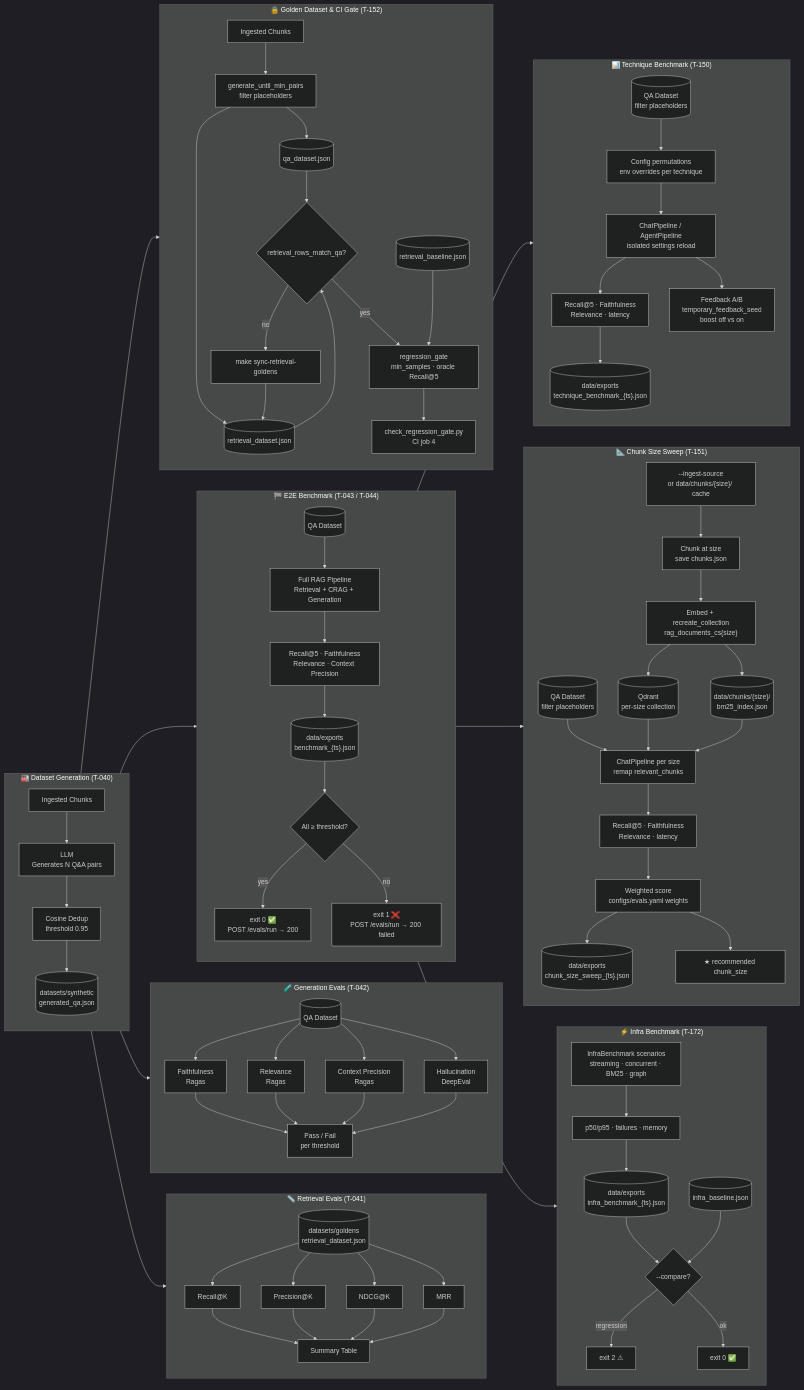
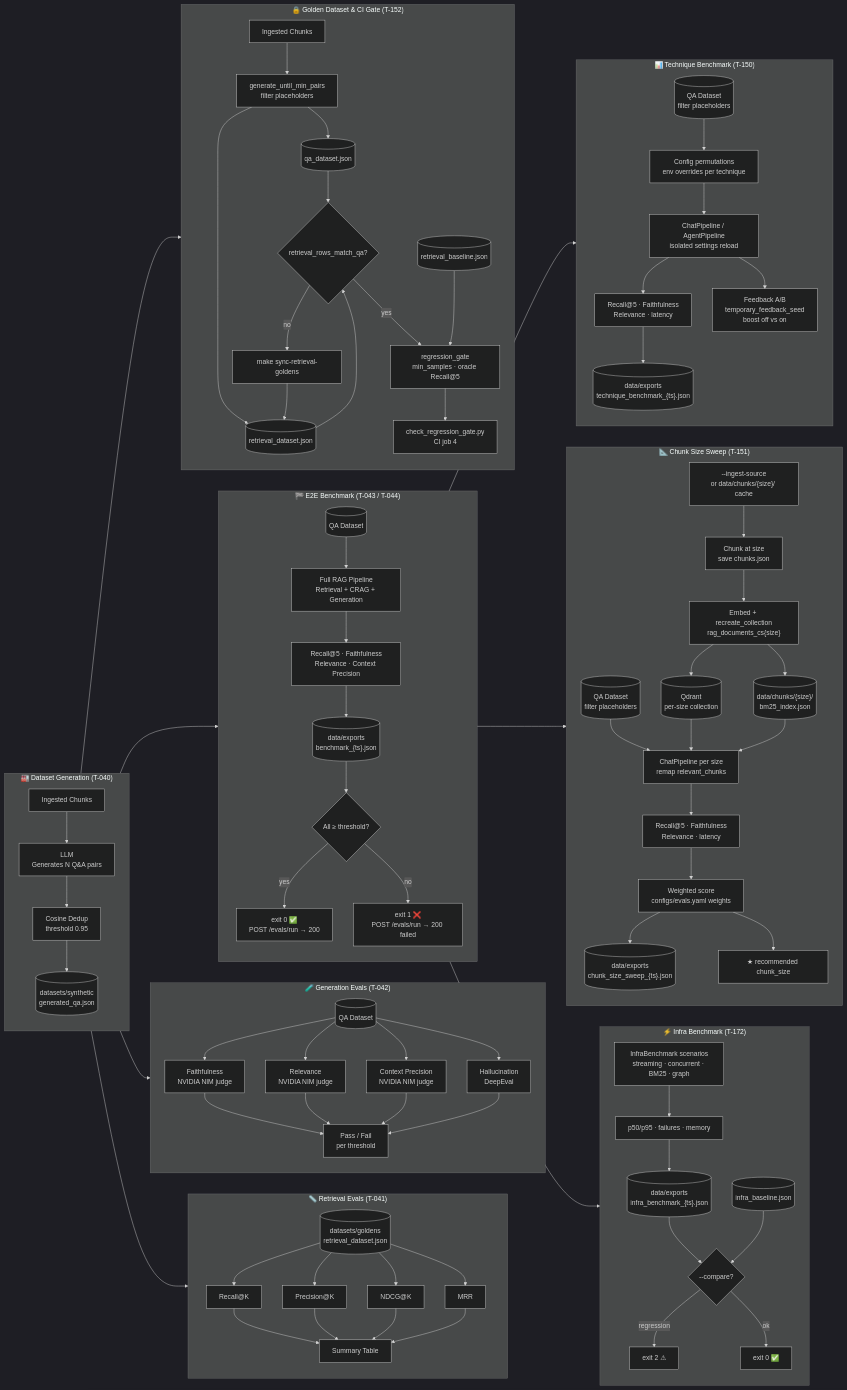
Diagram 24 of 26 in README.md (ealbertoav/rag_platform), drawn with Mermaid (dark theme) before and after one commit. The commit also changed other lines of this file and 12 other files, not shown here.

```diff
--- a/README.md
+++ b/README.md
@@ -3802,9 +3802,9 @@
     end
 
     subgraph GEN2["🧪 Generation Evals (T-042)"]
-        QA3[("QA Dataset")] --> F["Faithfulness<br/>Ragas"]
-        QA3 --> RV["Relevance<br/>Ragas"]
-        QA3 --> CP["Context Precision<br/>Ragas"]
+        QA3[("QA Dataset")] --> F["Faithfulness<br/>NVIDIA NIM judge"]
+        QA3 --> RV["Relevance<br/>NVIDIA NIM judge"]
+        QA3 --> CP["Context Precision<br/>NVIDIA NIM judge"]
         QA3 --> H["Hallucination<br/>DeepEval"]
         F & RV & CP & H --> GR["Pass / Fail<br/>per threshold"]
     end
```
